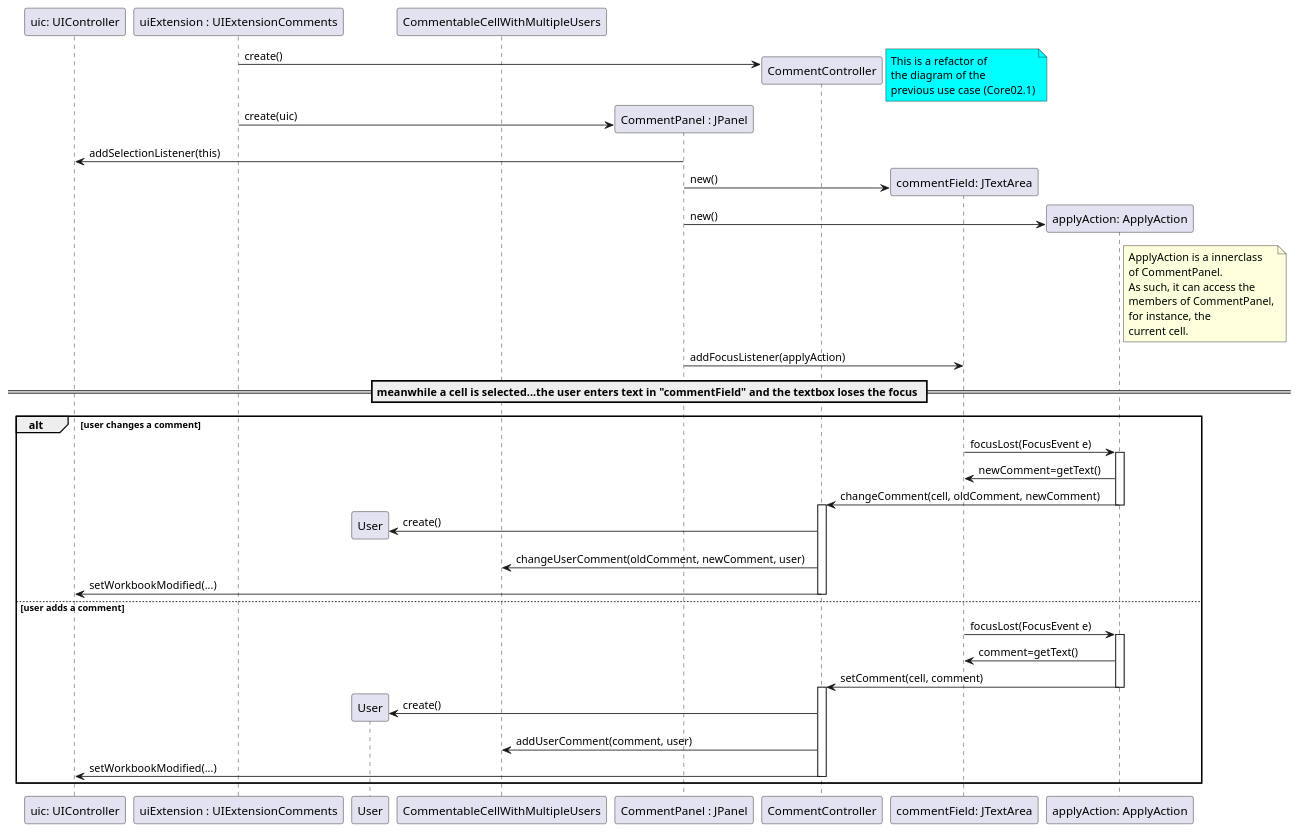
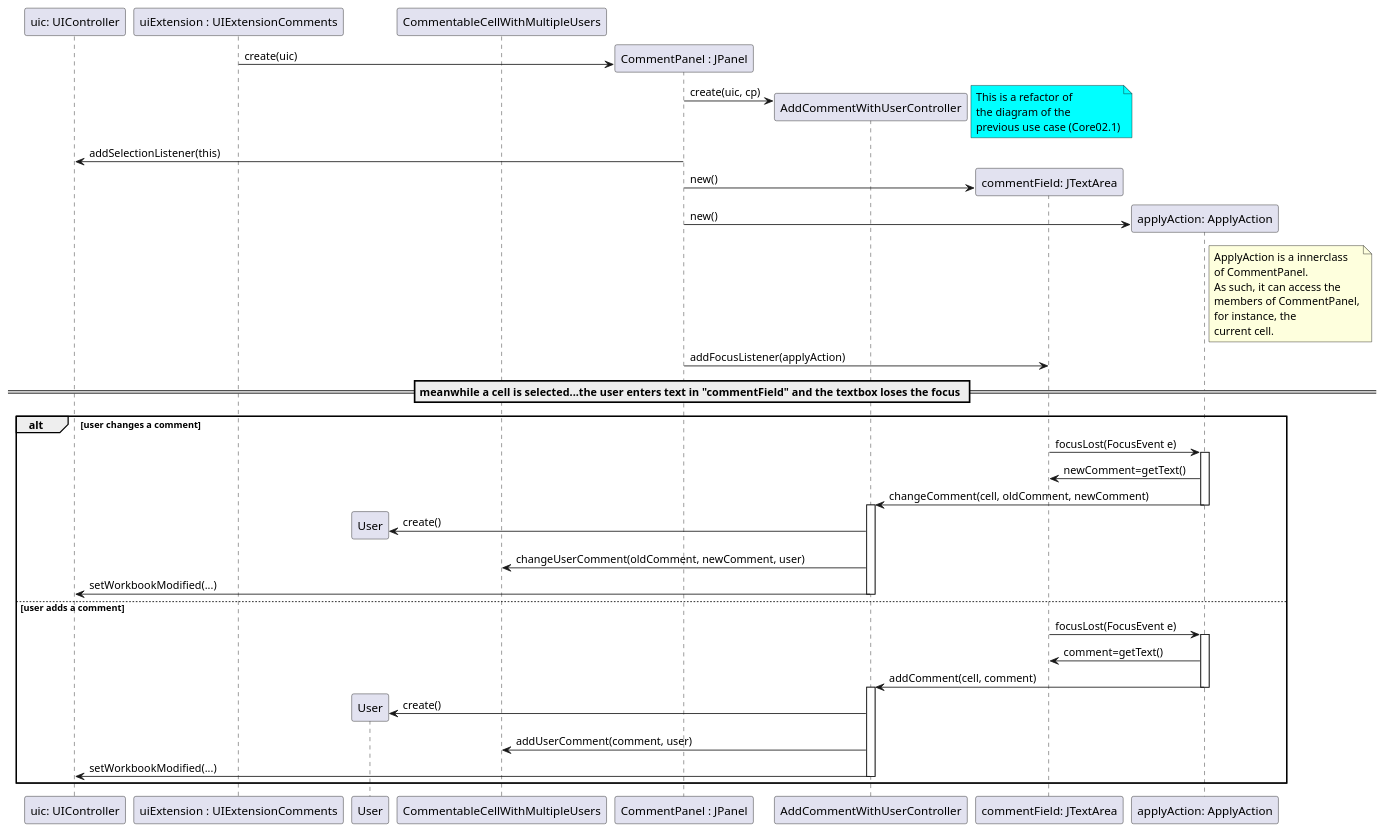
The diagram in src/main/java/lapr4/red/s1/core/n1150690/comments/core02_02_design2.puml (MikeTekOn/lapr4-2017-2dd), drawn with PlantUML before and after one commit. The commit also changed 5 other files, not shown here.

Commit message:
LAPR4E17DD-7 #comment created controller for this use case and made corrections in some classes

```diff
--- a/src/main/java/lapr4/red/s1/core/n1150690/comments/core02_02_design2.puml
+++ b/src/main/java/lapr4/red/s1/core/n1150690/comments/core02_02_design2.puml
@@ -1,71 +1,73 @@
 @startuml core02_01_design3.png
     participant "uic: UIController" as uic
     participant "uiExtension : UIExtensionComments" as UIExt
     participant "User" as u
     participant "CommentableCellWithMultipleUsers" as cell
     participant "CommentPanel : JPanel" as cp
-    participant "CommentController" as ctrl
+    participant "AddCommentWithUserController" as ctrl
     participant "commentField: JTextArea" as commentField
     participant "applyAction: ApplyAction" as applyAction
     
+    create cp
+    UIExt -> cp :  create(uic) 
+
     create ctrl
-    UIExt -> ctrl : create()
+    cp -> ctrl : create(uic, cp)
 
     note right #aqua
         This is a refactor of 
         the diagram of the 
         previous use case (Core02.1)
     end note
 
-    create cp
-    UIExt -> cp :  create(uic) 
+    
 
     cp -> uic : addSelectionListener(this)
     
     create commentField
     cp -> commentField: new()
 
     create applyAction
     cp -> applyAction : new()
 
     note right of applyAction
         ApplyAction is a innerclass 
         of CommentPanel.
         As such, it can access the 
         members of CommentPanel,
         for instance, the
         current cell.
     end note
 
     cp -> commentField : addFocusListener(applyAction)
 
     == meanwhile a cell is selected...the user enters text in "commentField" and the textbox loses the focus ==
 
     alt user changes a comment
         commentField -> applyAction : focusLost(FocusEvent e)
         activate applyAction
         applyAction -> commentField : newComment=getText()
         applyAction -> ctrl : changeComment(cell, oldComment, newComment)
         deactivate applyAction
 
         activate ctrl
         create u
         ctrl -> u : create()
         ctrl -> cell : changeUserComment(oldComment, newComment, user)
         ctrl -> uic : setWorkbookModified(...)
         deactivate ctrl
     else user adds a comment
         commentField -> applyAction : focusLost(FocusEvent e)
         activate applyAction
         applyAction -> commentField : comment=getText()
-        applyAction -> ctrl : setComment(cell, comment)
+        applyAction -> ctrl : addComment(cell, comment)
         deactivate applyAction
         activate ctrl
         create u
         ctrl -> u : create()
         ctrl -> cell : addUserComment(comment, user)
         
         ctrl -> uic : setWorkbookModified(...)
         deactivate ctrl
     end
 @enduml
```
